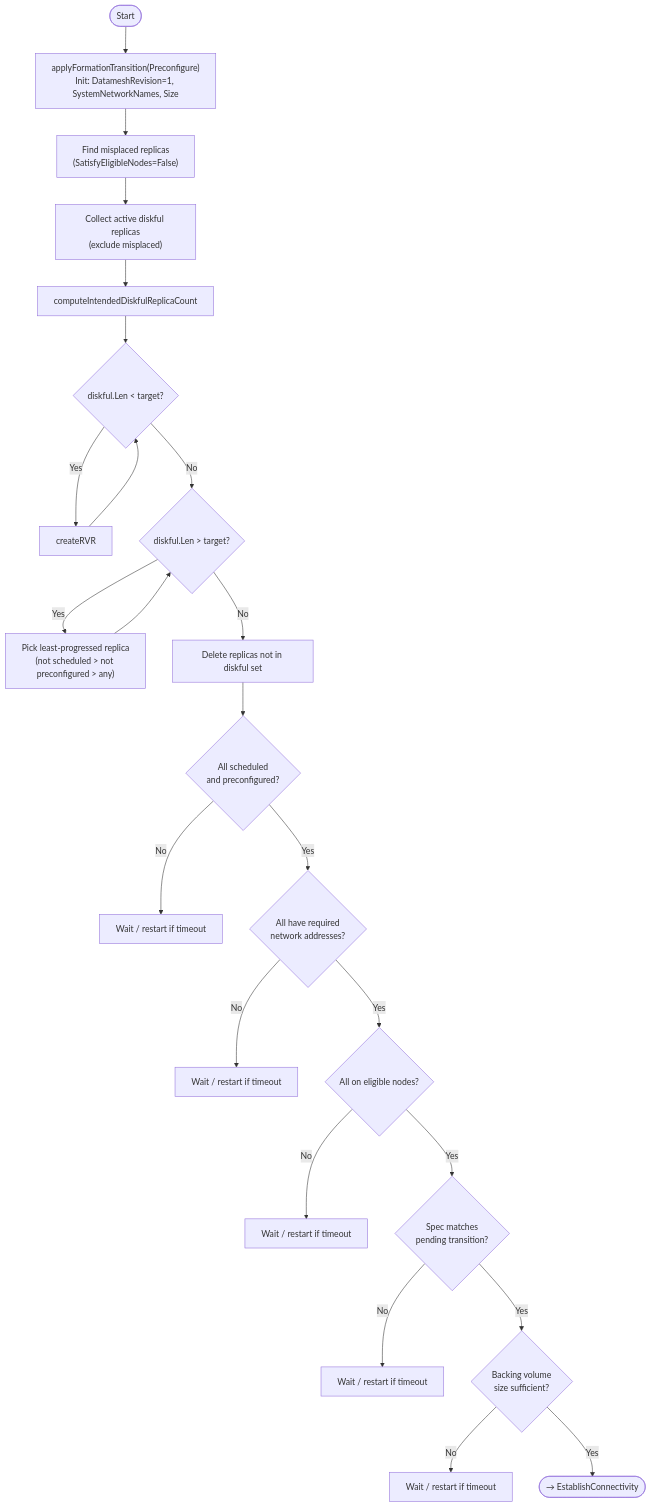
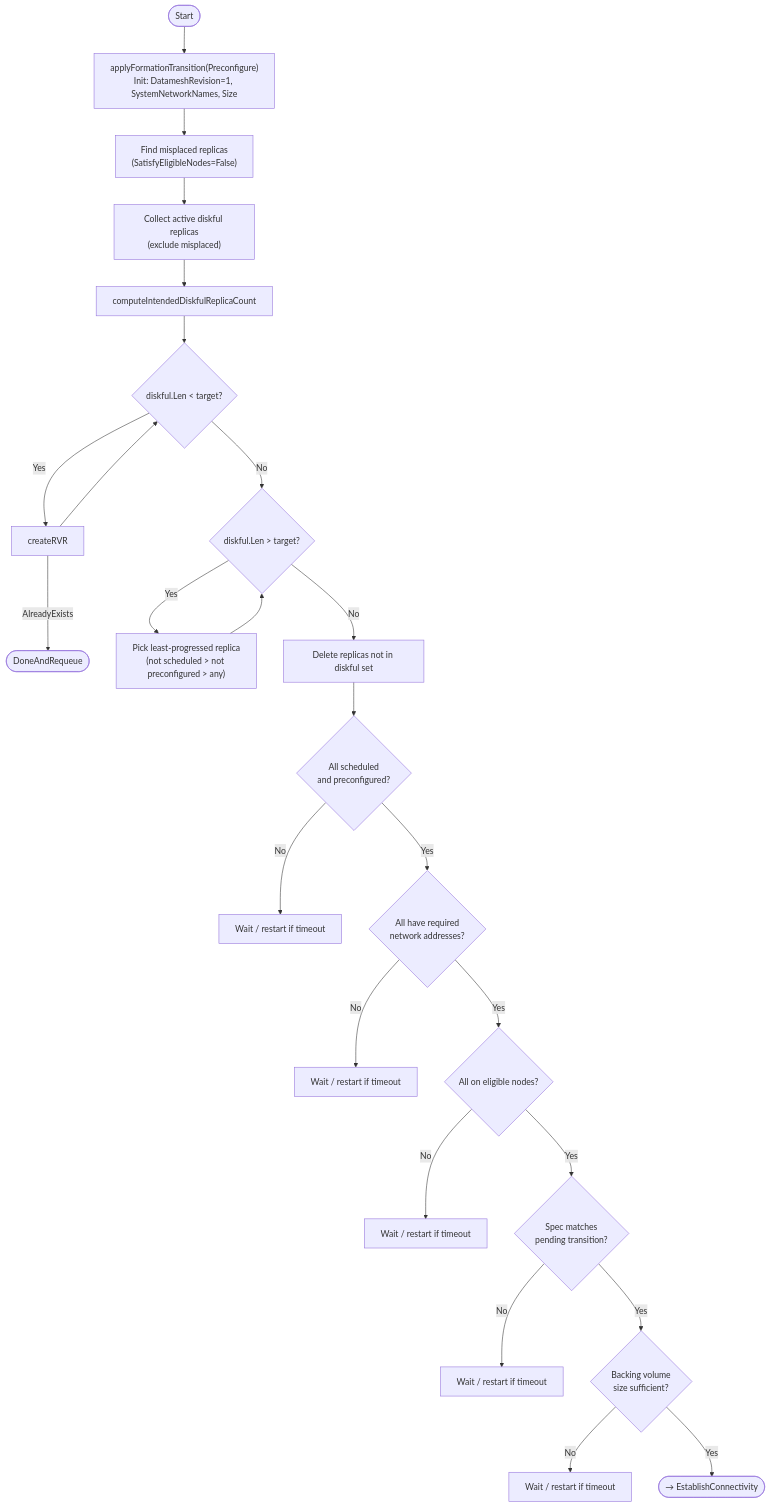
The fifth of 8 diagrams in images/controller/internal/controllers/rv_controller/README.md (deckhouse/sds-replicated-volume), drawn with Mermaid before and after one commit. The commit also changed other lines of this file and 9 other files, not shown here.

````diff
--- a/images/controller/internal/controllers/rv_controller/README.md
+++ b/images/controller/internal/controllers/rv_controller/README.md
@@ -344,34 +344,35 @@
 ```mermaid
 flowchart TD
     Start([Start]) --> ApplyTransition["applyFormationTransition(Preconfigure)<br/>Init: DatameshRevision=1, SystemNetworkNames, Size"]
 
     ApplyTransition --> FindMisplaced["Find misplaced replicas<br/>(SatisfyEligibleNodes=False)"]
     FindMisplaced --> CollectDiskful["Collect active diskful replicas<br/>(exclude misplaced)"]
     CollectDiskful --> ComputeCount[computeIntendedDiskfulReplicaCount]
 
     ComputeCount --> CreateLoop{"diskful.Len < target?"}
     CreateLoop -->|Yes| CreateRVR[createRVR]
+    CreateRVR -->|AlreadyExists| Requeue1([DoneAndRequeue])
     CreateRVR --> CreateLoop
     CreateLoop -->|No| RemoveExcess{"diskful.Len > target?"}
 
     RemoveExcess -->|Yes| PickCandidate["Pick least-progressed replica<br/>(not scheduled > not preconfigured > any)"]
     PickCandidate --> RemoveExcess
     RemoveExcess -->|No| DeleteUnwanted["Delete replicas not in diskful set"]
 
     DeleteUnwanted --> WaitReady{"All scheduled<br/>and preconfigured?"}
     WaitReady -->|No| WaitTimeout1[Wait / restart if timeout]
 
     WaitReady -->|Yes| CheckAddresses{"All have required<br/>network addresses?"}
     CheckAddresses -->|No| WaitTimeout2[Wait / restart if timeout]
 
     CheckAddresses -->|Yes| CheckEligible{"All on eligible nodes?"}
     CheckEligible -->|No| WaitTimeout3[Wait / restart if timeout]
 
     CheckEligible -->|Yes| CheckSpec{"Spec matches<br/>pending transition?"}
     CheckSpec -->|No| WaitTimeout4[Wait / restart if timeout]
 
     CheckSpec -->|Yes| CheckBVSize{"Backing volume<br/>size sufficient?"}
     CheckBVSize -->|No| WaitTimeout5[Wait / restart if timeout]
 
     CheckBVSize -->|Yes| NextPhase([→ EstablishConnectivity])
 ```
````
